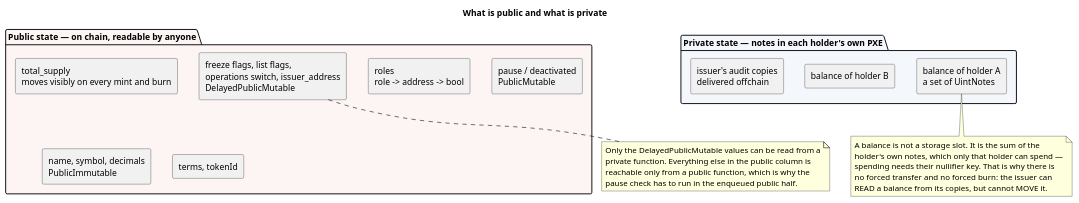
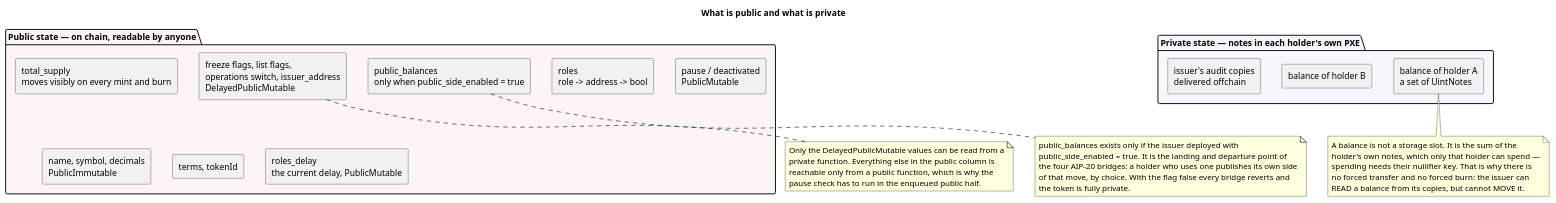
The diagram in doc/img/state-split.puml (CMTA/private-CMTAT-aztec), drawn with PlantUML before and after one commit. The commit also changed 11 other files, not shown here.

Commit message:
Fix plantuml diagram

```diff
--- a/doc/img/state-split.puml
+++ b/doc/img/state-split.puml
@@ -1,38 +1,49 @@
 @startuml
 title What is public and what is private
 
 skinparam componentStyle rectangle
 
 package "Public state — on chain, readable by anyone" #FDF4F4 {
   component "total_supply\nmoves visibly on every mint and burn" as TS
   component "roles\nrole -> address -> bool" as Roles
   component "pause / deactivated\nPublicMutable" as P
   component "name, symbol, decimals\nPublicImmutable" as Meta
   component "terms, tokenId" as Terms
   component "freeze flags, list flags,\noperations switch, issuer_address\nDelayedPublicMutable" as Delayed
+  component "public_balances\nonly when public_side_enabled = true" as PB
+  component "roles_delay\nthe current delay, PublicMutable" as RD
 }
 
 package "Private state — notes in each holder's own PXE" #F4F8FC {
   component "balance of holder A\na set of UintNotes" as BA
   component "balance of holder B" as BB
   component "issuer's audit copies\ndelivered offchain" as IC
 }
 
 note as N1
   A balance is not a storage slot. It is the sum of the
   holder's own notes, which only that holder can spend —
   spending needs their nullifier key. That is why there is
   no forced transfer and no forced burn: the issuer can
   READ a balance from its copies, but cannot MOVE it.
 end note
 BA .. N1
 
 note as N2
   Only the DelayedPublicMutable values can be read from a
   private function. Everything else in the public column is
   reachable only from a public function, which is why the
   pause check has to run in the enqueued public half.
 end note
 Delayed .. N2
 
+note as N3
+  public_balances exists only if the issuer deployed with
+  public_side_enabled = true. It is the landing and departure point of
+  the four AIP-20 bridges: a holder who uses one publishes its own side
+  of that move, by choice. With the flag false every bridge reverts and
+  the token is fully private.
+end note
+PB .. N3
+
 @enduml
```
